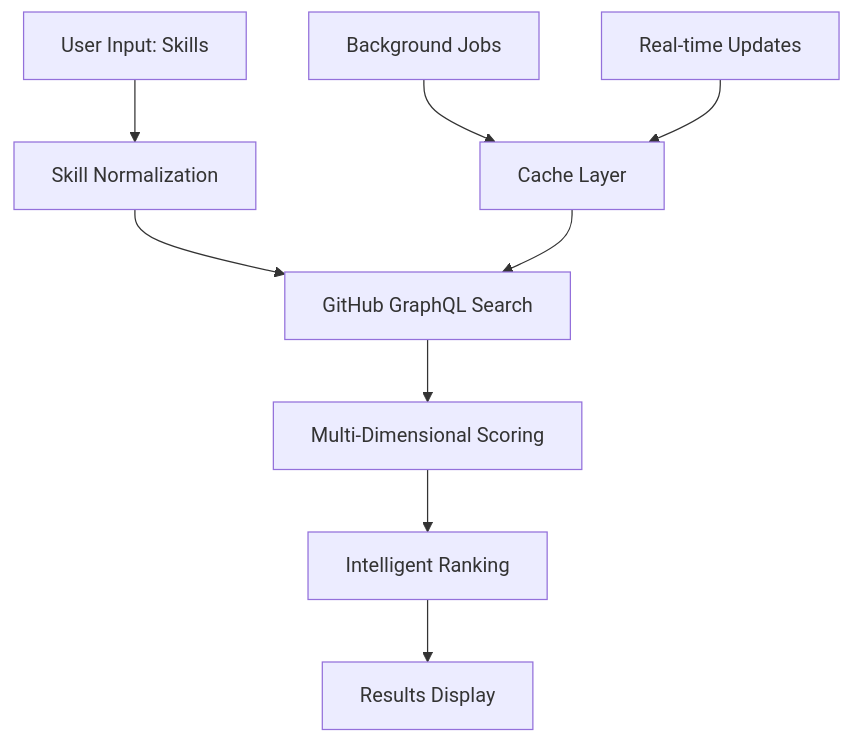
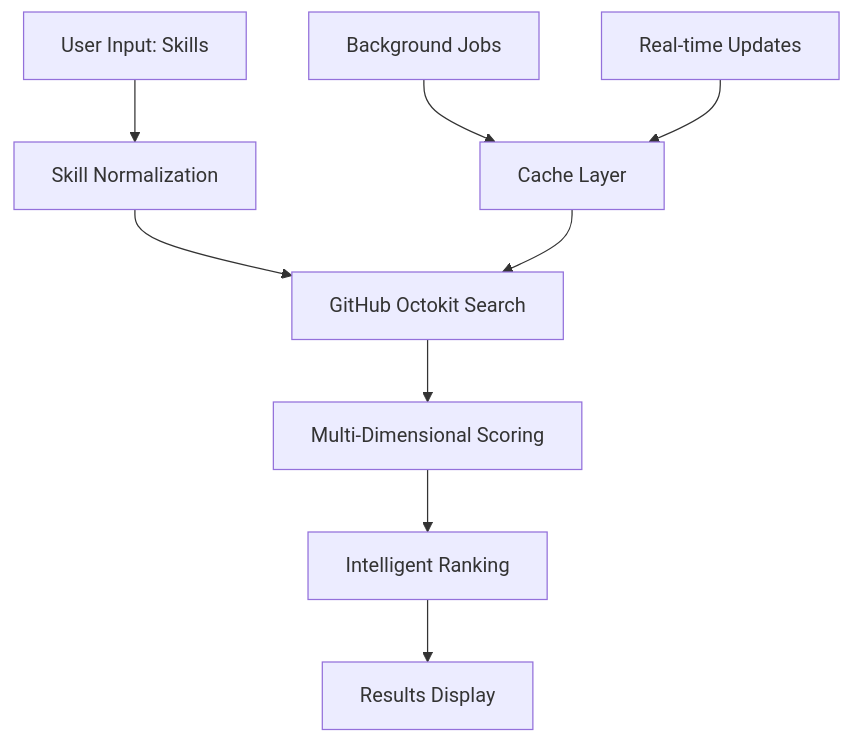
One commit to doshibadev/RepoMatch changed the diagram in README.md. Above: the diagram before and after it, drawn with Mermaid. The commit also changed other lines of this file and 30 other files, not shown here.

````diff
--- a/README.md
+++ b/README.md
@@ -51,12 +51,12 @@
 ```mermaid
 graph TD
     A[User Input: Skills] --> B[Skill Normalization]
-    B --> C[GitHub GraphQL Search]
+    B --> C[GitHub Octokit Search]
     C --> D[Multi-Dimensional Scoring]
     D --> E[Intelligent Ranking]
     E --> F[Results Display]
     
     G[Cache Layer] --> C
     H[Background Jobs] --> G
     I[Real-time Updates] --> G
 ```
````
